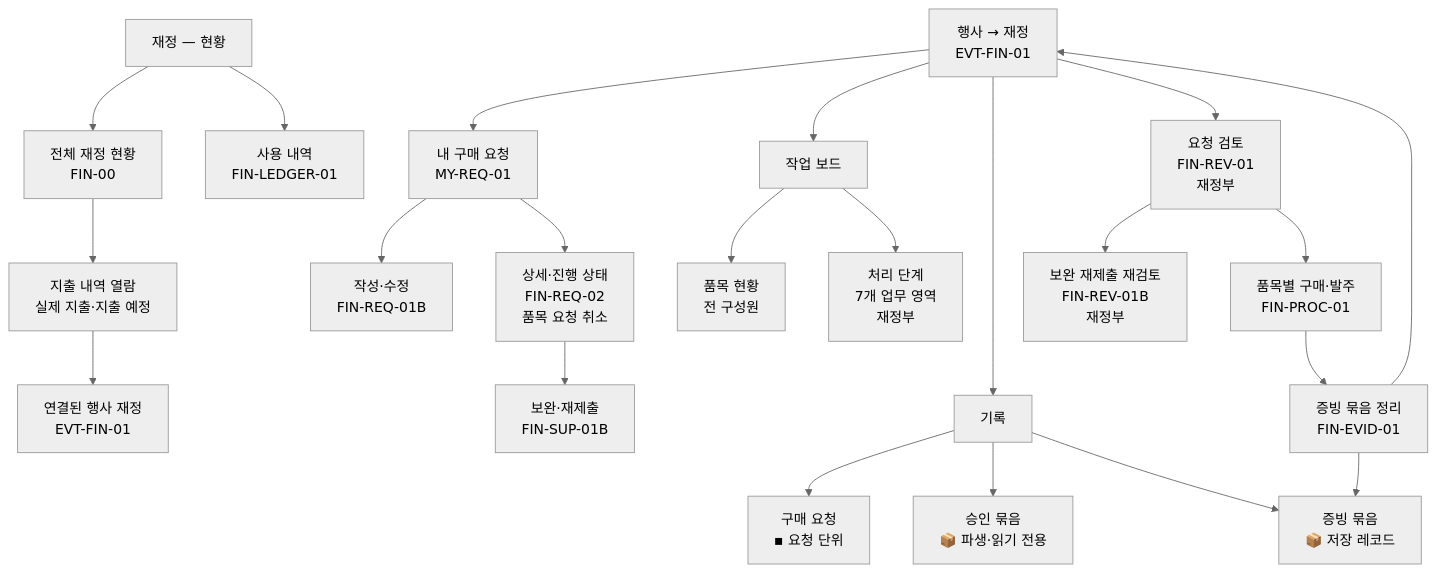
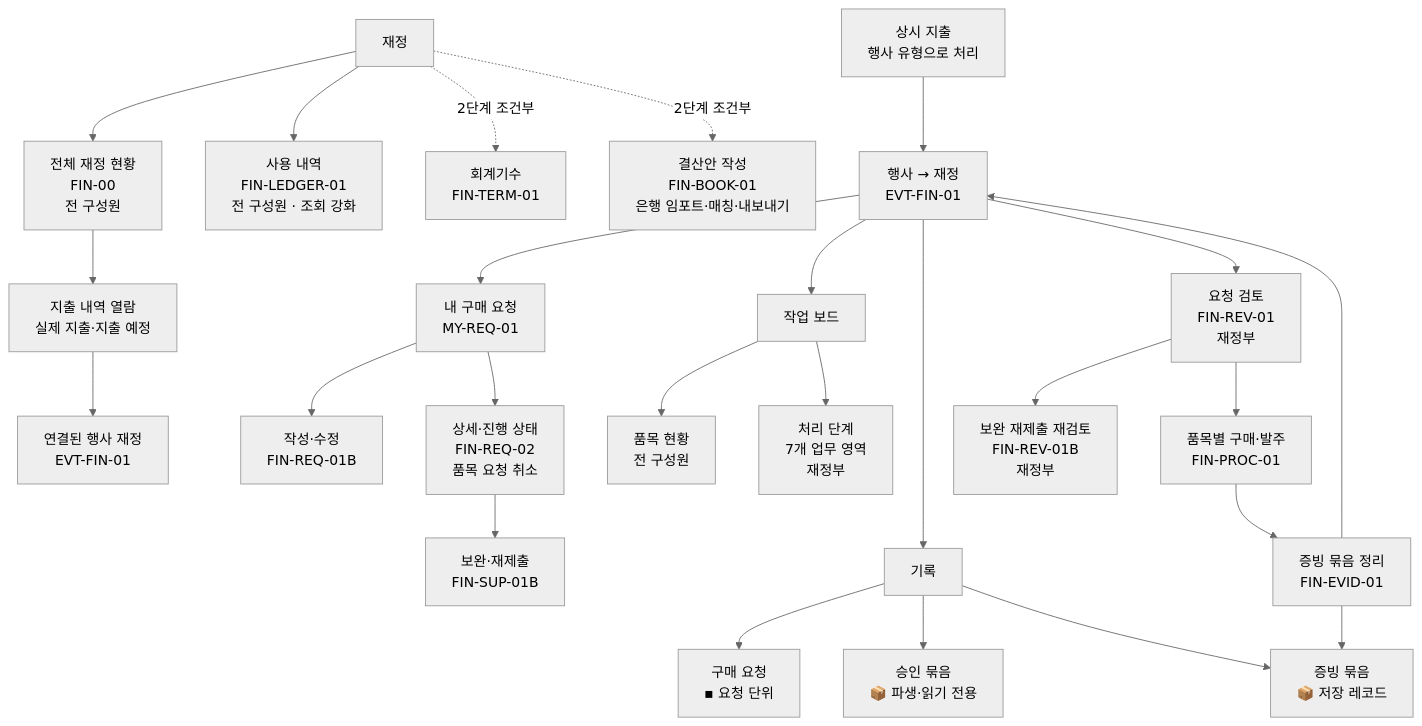
Before and after one commit to vada-hq/vada: the third of 4 diagrams in docs/VADA_MENU_STRUCTURE.md, drawn with Mermaid (neutral theme). The commit also changed other lines of this file and 14 other files, not shown here.

````diff
--- a/docs/VADA_MENU_STRUCTURE.md
+++ b/docs/VADA_MENU_STRUCTURE.md
@@ -210,27 +219,31 @@
 ```mermaid
 flowchart TB
-    F["재정 — 현황"]
-    F --> B["전체 재정 현황<br/>FIN-00"]
-    F --> L["사용 내역<br/>FIN-LEDGER-01"]
+    F["재정"]
+    F --> B["전체 재정 현황<br/>FIN-00<br/>전 구성원"]
+    F --> L["사용 내역<br/>FIN-LEDGER-01<br/>전 구성원 · 조회 강화"]
+    F -.->|"2단계 조건부"| T["회계기수<br/>FIN-TERM-01"]
+    F -.->|"2단계 조건부"| BK["결산안 작성<br/>FIN-BOOK-01<br/>은행 임포트·매칭·내보내기"]
+
+    EVX["상시 지출<br/>행사 유형으로 처리"] --> EF
 
     B --> B1["지출 내역 열람<br/>실제 지출·지출 예정"]
     B1 --> EFV["연결된 행사 재정<br/>EVT-FIN-01"]
 
     EF["행사 → 재정<br/>EVT-FIN-01"] --> MR["내 구매 요청<br/>MY-REQ-01"]
     EF --> WB["작업 보드"]
     WB --> IS["품목 현황<br/>전 구성원"]
     WB --> WQ["처리 단계<br/>7개 업무 영역<br/>재정부"]
     EF --> REC["기록"]
     REC --> RQ["구매 요청<br/>▪ 요청 단위"]
     REC --> AB["승인 묶음<br/>📦 파생·읽기 전용"]
     REC --> EB["증빙 묶음<br/>📦 저장 레코드"]
     MR --> C["작성·수정<br/>FIN-REQ-01B"]
     MR --> D["상세·진행 상태<br/>FIN-REQ-02<br/>품목 요청 취소"]
     D --> S["보완·재제출<br/>FIN-SUP-01B"]
     EF --> V["요청 검토<br/>FIN-REV-01<br/>재정부"]
     V --> VR["보완 재제출 재검토<br/>FIN-REV-01B<br/>재정부"]
     V --> P["품목별 구매·발주<br/>FIN-PROC-01"]
     P --> E["증빙 묶음 정리<br/>FIN-EVID-01"]
     E --> EB
     E --> EF
 ```
````
